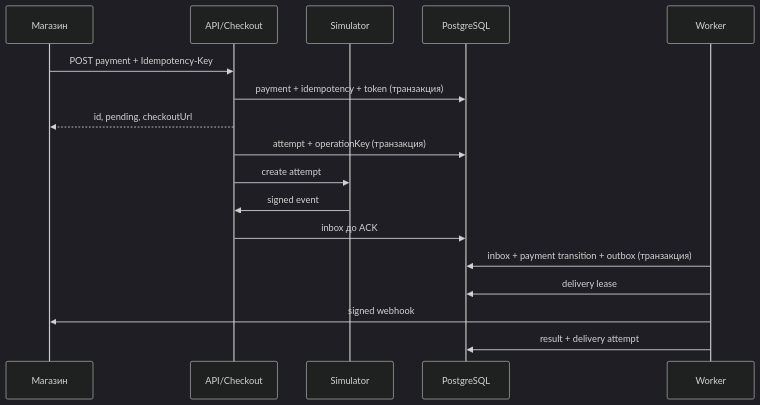
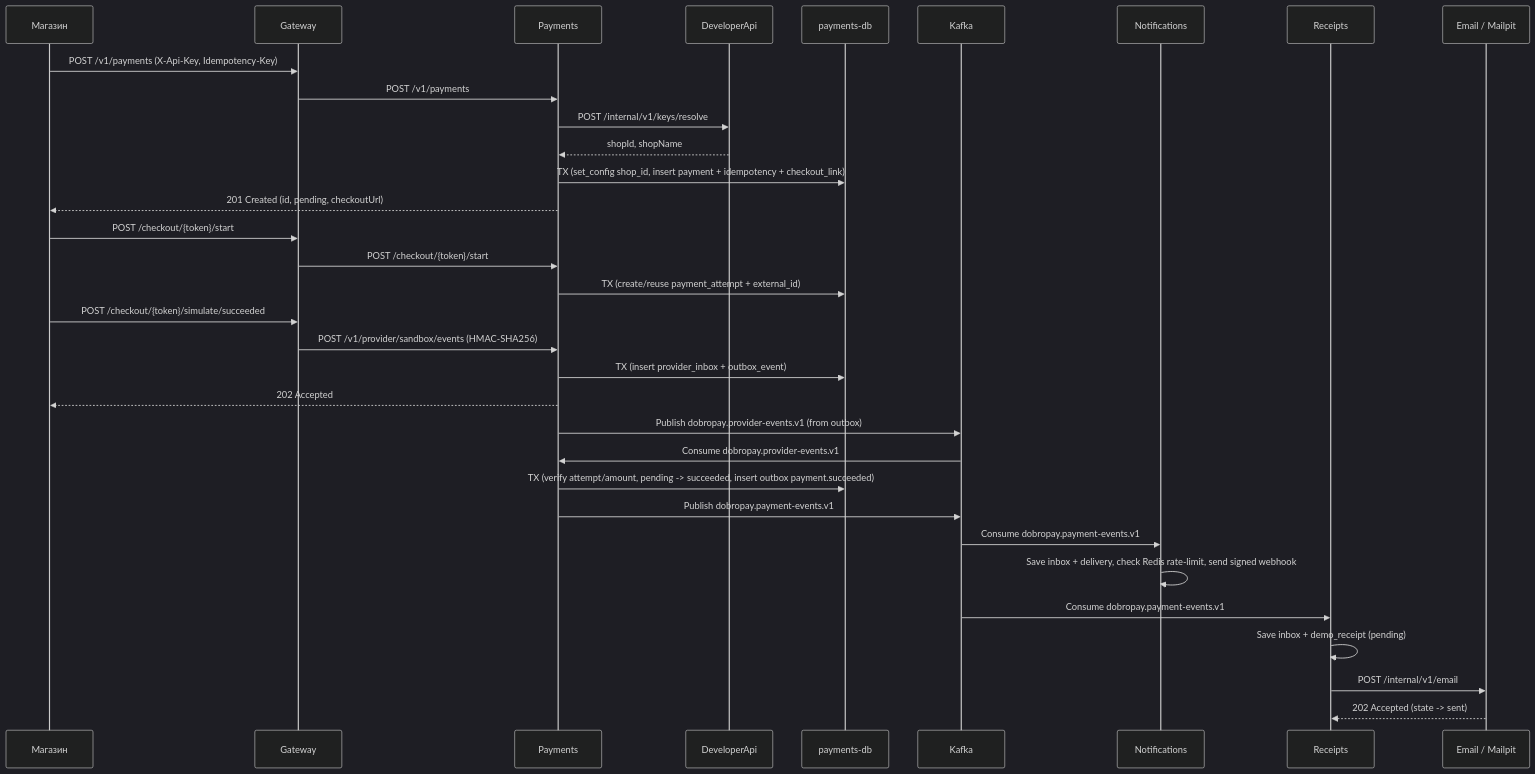
Before and after one commit to akkne/dobropay: the second of 2 diagrams in docs/architecture.md, drawn with Mermaid (dark theme). The commit also changed other lines of this file and 16 other files, not shown here.

Commit message:
docs(project): standardize docs, code style, git rules, and db-per-service architecture

````diff
--- a/docs/architecture.md
+++ b/docs/architecture.md
@@ -17,19 +56,41 @@
 ```mermaid
 sequenceDiagram
-  participant M as Магазин
-  participant A as API/Checkout
-  participant P as Simulator
-  participant D as PostgreSQL
-  participant W as Worker
-  M->>A: POST payment + Idempotency-Key
-  A->>D: payment + idempotency + token (транзакция)
-  A-->>M: id, pending, checkoutUrl
-  A->>D: attempt + operationKey (транзакция)
-  A->>P: create attempt
-  P->>A: signed event
-  A->>D: inbox до ACK
-  W->>D: inbox + payment transition + outbox (транзакция)
-  W->>D: delivery lease
-  W->>M: signed webhook
-  W->>D: result + delivery attempt
+  participant Shop as Магазин
+  participant GW as Gateway
+  participant Pay as Payments
+  participant Dev as DeveloperApi
+  participant PayDB as payments-db
+  participant Kafka as Kafka
+  participant Notif as Notifications
+  participant Rec as Receipts
+  participant Email as Email / Mailpit
+
+  Shop->>GW: POST /v1/payments (X-Api-Key, Idempotency-Key)
+  GW->>Pay: POST /v1/payments
+  Pay->>Dev: POST /internal/v1/keys/resolve
+  Dev-->>Pay: shopId, shopName
+  Pay->>PayDB: TX (set_config shop_id, insert payment + idempotency + checkout_link)
+  Pay-->>Shop: 201 Created (id, pending, checkoutUrl)
+
+  Shop->>GW: POST /checkout/{token}/start
+  GW->>Pay: POST /checkout/{token}/start
+  Pay->>PayDB: TX (create/reuse payment_attempt + external_id)
+
+  Shop->>GW: POST /checkout/{token}/simulate/succeeded
+  GW->>Pay: POST /v1/provider/sandbox/events (HMAC-SHA256)
+  Pay->>PayDB: TX (insert provider_inbox + outbox_event)
+  Pay-->>Shop: 202 Accepted
+
+  Pay->>Kafka: Publish dobropay.provider-events.v1 (from outbox)
+  Kafka->>Pay: Consume dobropay.provider-events.v1
+  Pay->>PayDB: TX (verify attempt/amount, pending -> succeeded, insert outbox payment.succeeded)
+  Pay->>Kafka: Publish dobropay.payment-events.v1
+
+  Kafka->>Notif: Consume dobropay.payment-events.v1
+  Notif->>Notif: Save inbox + delivery, check Redis rate-limit, send signed webhook
+
+  Kafka->>Rec: Consume dobropay.payment-events.v1
+  Rec->>Rec: Save inbox + demo_receipt (pending)
+  Rec->>Email: POST /internal/v1/email
+  Email-->>Rec: 202 Accepted (state -> sent)
 ```
````
